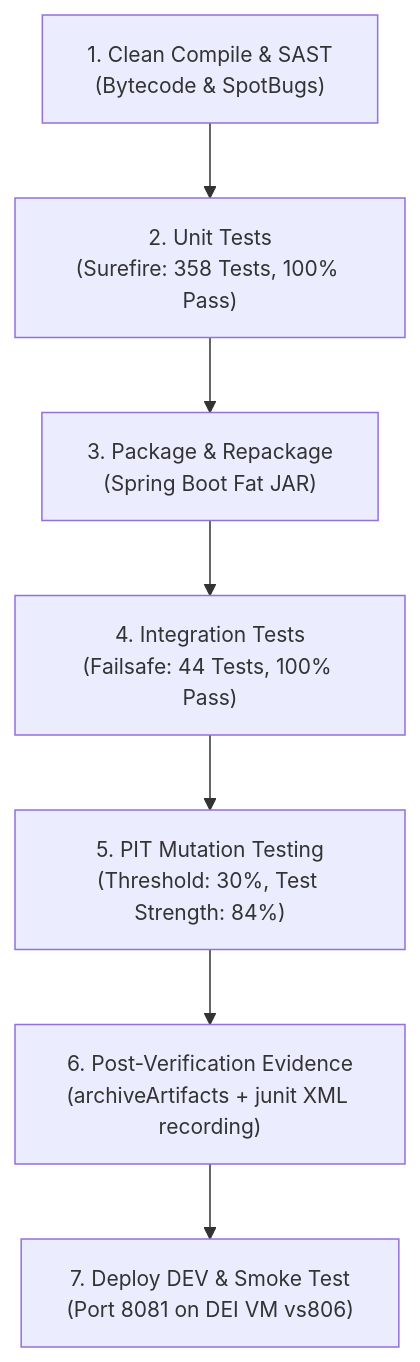
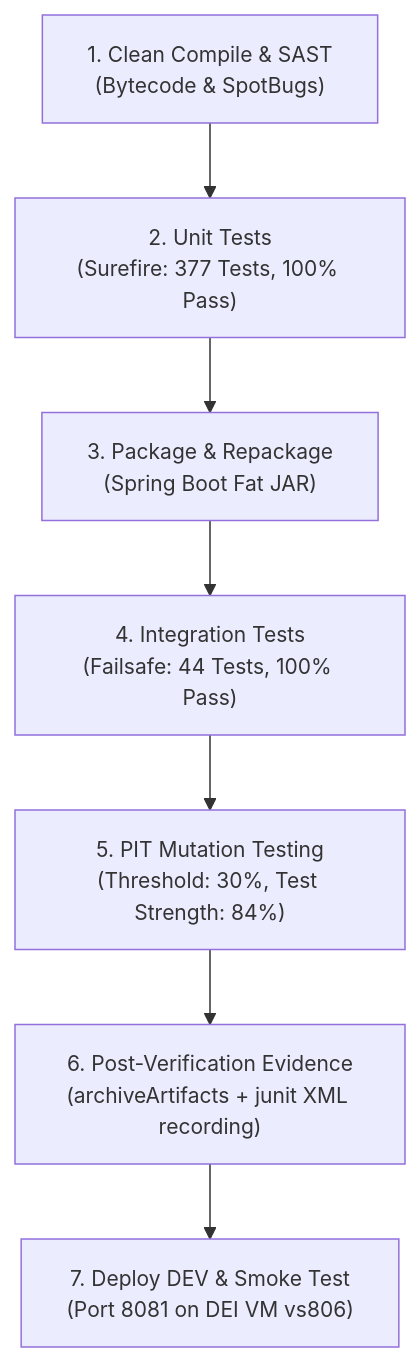
One commit to RafaelBrandao04/psoft-project-2026-1 changed the diagram in Docs/ODSOFT/pipeline/ci-testing-coverage-and-quality-gates.md. Above: the diagram before and after it, drawn with Mermaid. The commit also changed other lines of this file and 19 other files, not shown here.

````diff
--- a/Docs/ODSOFT/pipeline/ci-testing-coverage-and-quality-gates.md
+++ b/Docs/ODSOFT/pipeline/ci-testing-coverage-and-quality-gates.md
@@ -17,10 +17,10 @@
 ```mermaid
 %%{init: {'themeVariables': { 'fontSize': '14px' }, 'flowchart': { 'subGraphTitleMargin': { 'top': 15, 'bottom': 20 } } } }%%
 flowchart TD
-    COMPILE["1. Clean Compile & SAST<br/>(Bytecode & SpotBugs)"] --> UNIT["2. Unit Tests<br/>(Surefire: 358 Tests, 100% Pass)"]
+    COMPILE["1. Clean Compile & SAST<br/>(Bytecode & SpotBugs)"] --> UNIT["2. Unit Tests<br/>(Surefire: 377 Tests, 100% Pass)"]
     UNIT --> PKG["3. Package & Repackage<br/>(Spring Boot Fat JAR)"]
     PKG --> IT["4. Integration Tests<br/>(Failsafe: 44 Tests, 100% Pass)"]
     IT --> PIT["5. PIT Mutation Testing<br/>(Threshold: 30%, Test Strength: 84%)"]
     PIT --> POST["6. Post-Verification Evidence<br/>(archiveArtifacts + junit XML recording)"]
     POST --> DEV["7. Deploy DEV & Smoke Test<br/>(Port 8081 on DEI VM vs806)"]
 ```
````
